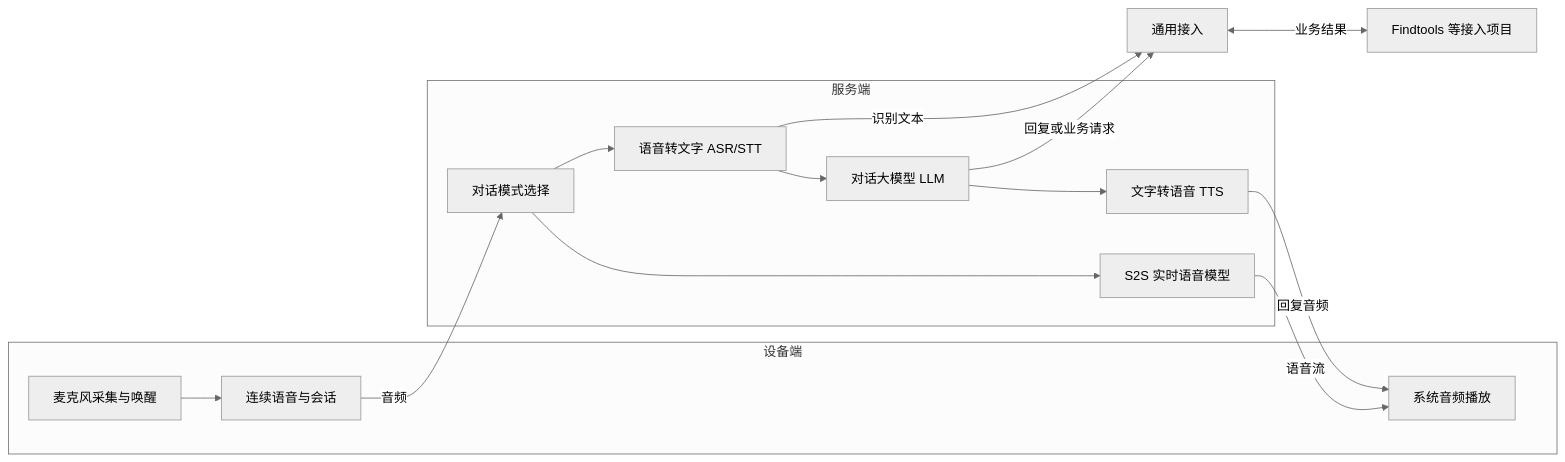
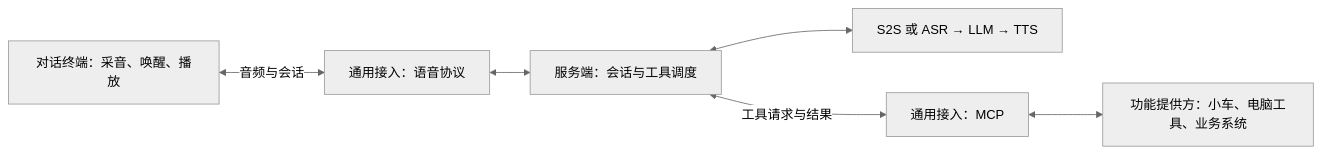
The diagram in docs/开发者设计文档库/总体架构设计.md (fyuanace/openspeech), drawn with Mermaid (neutral theme) before and after one commit. The commit also changed other lines of this file and 31 other files, not shown here.

````diff
--- a/docs/开发者设计文档库/总体架构设计.md
+++ b/docs/开发者设计文档库/总体架构设计.md
@@ -28,19 +30,8 @@
 ```mermaid
 flowchart LR
-    subgraph device[设备端]
-        A[麦克风采集与唤醒] --> B[连续语音与会话]
-        P[系统音频播放]
-    end
-    subgraph server[服务端]
-        M[对话模式选择] --> S[S2S 实时语音模型]
-        M --> C[语音转文字 ASR/STT]
-        C --> D[对话大模型 LLM]
-        D --> E[文字转语音 TTS]
-    end
-    B -->|音频| M
-    S -->|语音流| P
-    E -->|回复音频| P
-    C -->|识别文本| F[通用接入]
-    D -->|回复或业务请求| F
-    F <-->|业务结果| G[Findtools 等接入项目]
+    T[对话终端：采音、唤醒、播放] <-->|音频与会话| A[通用接入：语音协议]
+    A <--> S[服务端：会话与工具调度]
+    S <--> M[S2S 或 ASR → LLM → TTS]
+    S <-->|工具请求与结果| G[通用接入：MCP]
+    G <--> F[功能提供方：小车、电脑工具、业务系统]
 ```
````
